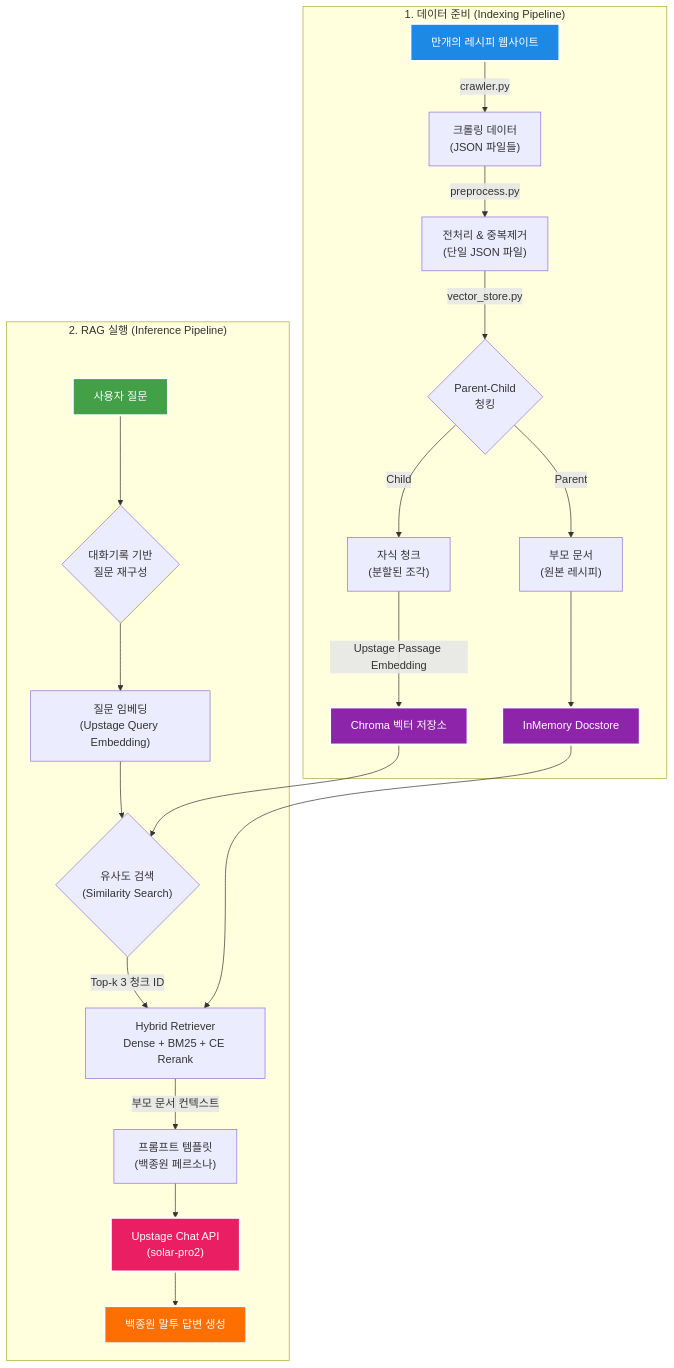
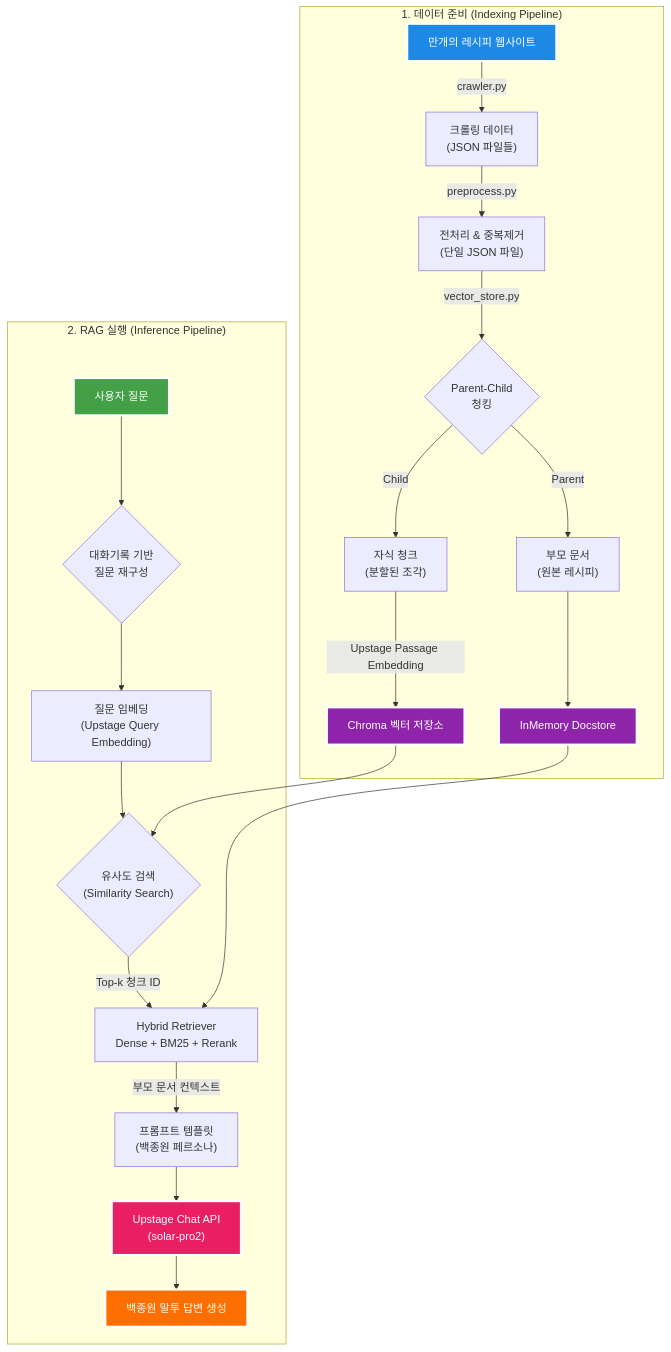
Before and after one commit to ohseungtae/upstageailab-langchain-pjt-langchain_3: the diagram in README.md, drawn with Mermaid.

````diff
--- a/README.md
+++ b/README.md
@@ -180,32 +180,33 @@
 ```mermaid
+
 flowchart TD
     subgraph indexing ["1. 데이터 준비 (Indexing Pipeline)"]
         A["만개의 레시피 웹사이트"] -->|crawler.py| B["크롤링 데이터<br/>(JSON 파일들)"]
         B -->|preprocess.py| C["전처리 & 중복제거<br/>(단일 JSON 파일)"]
         C -->|vector_store.py| D{"Parent-Child<br/>청킹"}
         D -->|Parent| E["부모 문서<br/>(원본 레시피)"]
         D -->|Child| F["자식 청크<br/>(분할된 조각)"]
         F -->|Upstage Passage Embedding| G["Chroma 벡터 저장소"]
         E --> H["InMemory Docstore"]
     end
     
     subgraph inference ["2. RAG 실행 (Inference Pipeline)"]
         J["사용자 질문"] --> K{"대화기록 기반<br/>질문 재구성"}
         K --> L["질문 임베딩<br/>(Upstage Query Embedding)"]
         L --> M{"유사도 검색<br/>(Similarity Search)"}
-        M -->|Top-k 3 청크 ID| N["Hybrid Retriever<br/>Dense + BM25 + CE Rerank"]
+        M -->|Top-k 청크 ID| N["Hybrid Retriever<br/>Dense + BM25 + Rerank"]
         N -->|부모 문서 컨텍스트| O["프롬프트 템플릿<br/>(백종원 페르소나)"]
         O --> P["Upstage Chat API<br/>(solar-pro2)"]
         P --> Q["백종원 말투 답변 생성"]
     end
     
     G --> M
     H --> N
     
     style A fill:#1e88e5,stroke:#ffffff,stroke-width:3px,color:#ffffff
     style J fill:#43a047,stroke:#ffffff,stroke-width:3px,color:#ffffff
     style G fill:#8e24aa,stroke:#ffffff,stroke-width:3px,color:#ffffff
     style H fill:#8e24aa,stroke:#ffffff,stroke-width:3px,color:#ffffff
     style Q fill:#ff6f00,stroke:#ffffff,stroke-width:3px,color:#ffffff
     style P fill:#e91e63,stroke:#ffffff,stroke-width:3px,color:#ffffff
 ```
````
